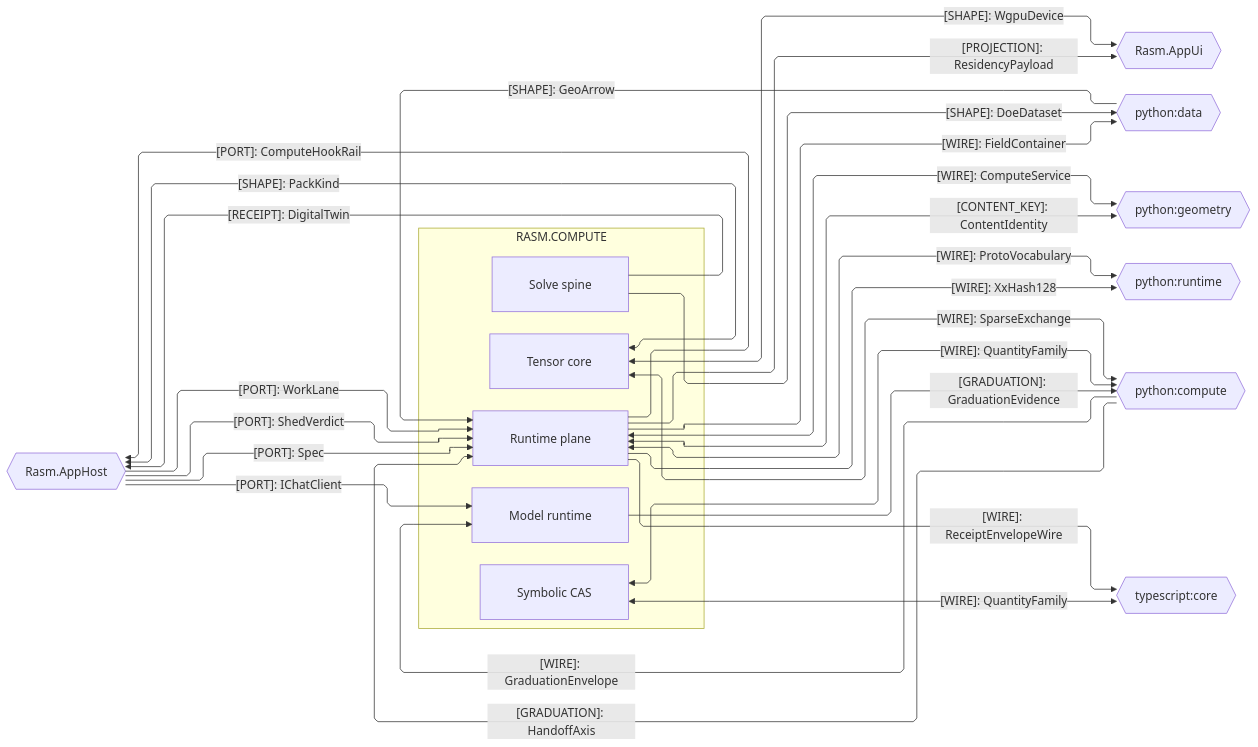
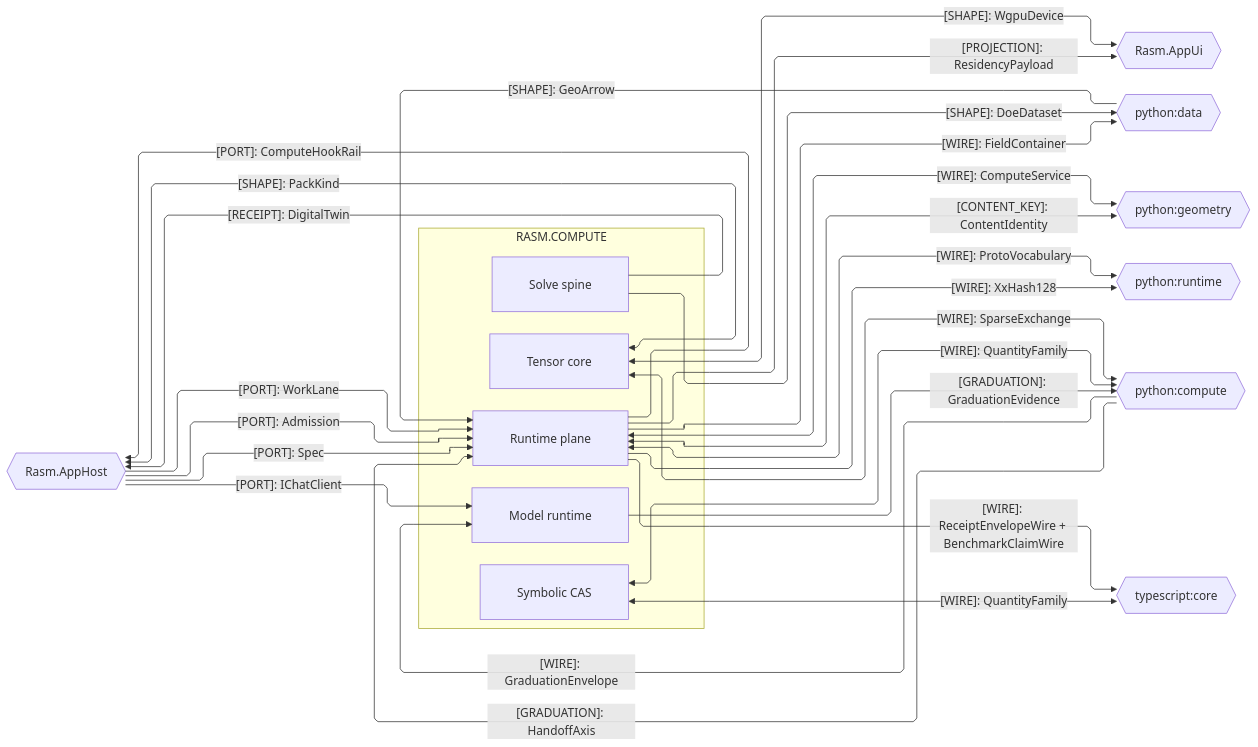
One commit to bsamiee/Rasm changed the third of 4 diagrams in libs/csharp/Rasm.Compute/ARCHITECTURE.md. Above: the diagram before and after it, drawn with Mermaid. The commit also changed other lines of this file and 115 other files, not shown here.

````diff
--- a/libs/csharp/Rasm.Compute/ARCHITECTURE.md
+++ b/libs/csharp/Rasm.Compute/ARCHITECTURE.md
@@ -204,49 +201,49 @@
 ```mermaid
 ---
 config:
   layout: elk
   flowchart:
     curve: linear
     padding: 25
 ---
 flowchart LR
     accTitle: Compute platform and cross-runtime seams
     accDescr: Compute owners exchanging port, receipt, projection, wire, content-key, and graduation contracts with platform and cross-runtime peers.
     subgraph compute[RASM.COMPUTE]
         Model[Model runtime]
         Tensor[Tensor core]
         Solver[Solve spine]
         Runtime[Runtime plane]
         Symbolic[Symbolic CAS]
     end
     AppHost{{Rasm.AppHost}}
     AppUi{{Rasm.AppUi}}
     Data{{python:data}}
     Geometry{{python:geometry}}
     PyRuntime{{python:runtime}}
     Compute{{python:compute}}
     Core{{typescript:core}}
     AppHost e1@-->|"[PORT]: WorkLane"| Runtime
     AppHost e2@-->|"[PORT]: IChatClient"| Model
-    AppHost e17@-->|"[PORT]: ShedVerdict"| Runtime
-    AppHost e21@-->|"[PORT]: Spec"| Runtime
-    Solver e3@-->|"[RECEIPT]: DigitalTwin"| AppHost
-    Tensor e4@<-->|"[SHAPE]: PackKind"| AppHost
-    Runtime e15@-->|"[PORT]: ComputeHookRail"| AppHost
-    Runtime e5@-->|"[PROJECTION]: ResidencyPayload"| AppUi
-    Tensor e6@<-->|"[SHAPE]: WgpuDevice"| AppUi
-    Runtime e8@<-->|"[WIRE]: ComputeService"| Geometry
-    Runtime e18@<-->|"[CONTENT_KEY]: ContentIdentity"| Geometry
-    Runtime e9@<-->|"[WIRE]: ProtoVocabulary"| PyRuntime
-    Runtime e19@-->|"[WIRE]: XxHash128"| PyRuntime
-    Compute e10@-->|"[GRADUATION]: HandoffAxis"| Runtime
-    Model e11@-->|"[GRADUATION]: GraduationEvidence"| Compute
-    Symbolic e12@<-->|"[WIRE]: QuantityFamily"| Compute
-    Solver e13@-->|"[SHAPE]: DoeDataset"| Data
-    Data e20@-->|"[SHAPE]: GeoArrow"| Runtime
-    Runtime e14@-->|"[WIRE]: ReceiptEnvelopeWire"| Core
-    Symbolic e16@<-->|"[WIRE]: QuantityFamily"| Core
-    Runtime e22@-->|"[WIRE]: FieldContainer"| Data
-    Compute e23@-->|"[WIRE]: GraduationEnvelope"| Model
-    Tensor e24@<-->|"[WIRE]: SparseExchange"| Compute
+    AppHost e3@-->|"[PORT]: Admission"| Runtime
+    AppHost e4@-->|"[PORT]: Spec"| Runtime
+    Solver e5@-->|"[RECEIPT]: DigitalTwin"| AppHost
+    Tensor e6@<-->|"[SHAPE]: PackKind"| AppHost
+    Runtime e7@-->|"[PORT]: ComputeHookRail"| AppHost
+    Runtime e8@-->|"[PROJECTION]: ResidencyPayload"| AppUi
+    Tensor e9@<-->|"[SHAPE]: WgpuDevice"| AppUi
+    Runtime e10@<-->|"[WIRE]: ComputeService"| Geometry
+    Runtime e11@<-->|"[CONTENT_KEY]: ContentIdentity"| Geometry
+    Runtime e12@<-->|"[WIRE]: ProtoVocabulary"| PyRuntime
+    Runtime e13@-->|"[WIRE]: XxHash128"| PyRuntime
+    Compute e14@-->|"[GRADUATION]: HandoffAxis"| Runtime
+    Model e15@-->|"[GRADUATION]: GraduationEvidence"| Compute
+    Symbolic e16@<-->|"[WIRE]: QuantityFamily"| Compute
+    Solver e17@-->|"[SHAPE]: DoeDataset"| Data
+    Data e18@-->|"[SHAPE]: GeoArrow"| Runtime
+    Runtime e19@-->|"[WIRE]: ReceiptEnvelopeWire + BenchmarkClaimWire"| Core
+    Symbolic e20@<-->|"[WIRE]: QuantityFamily"| Core
+    Runtime e21@-->|"[WIRE]: FieldContainer"| Data
+    Compute e22@-->|"[WIRE]: GraduationEnvelope"| Model
+    Tensor e23@<-->|"[WIRE]: SparseExchange"| Compute
 ```
````
